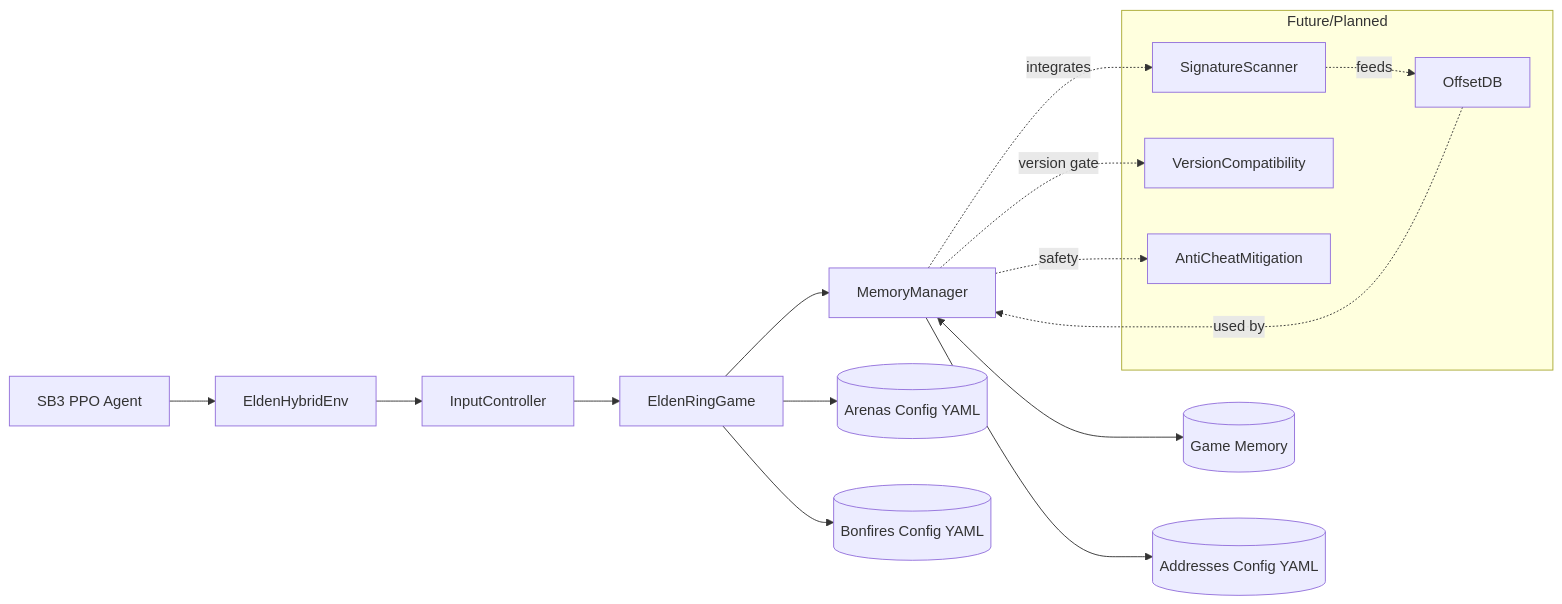
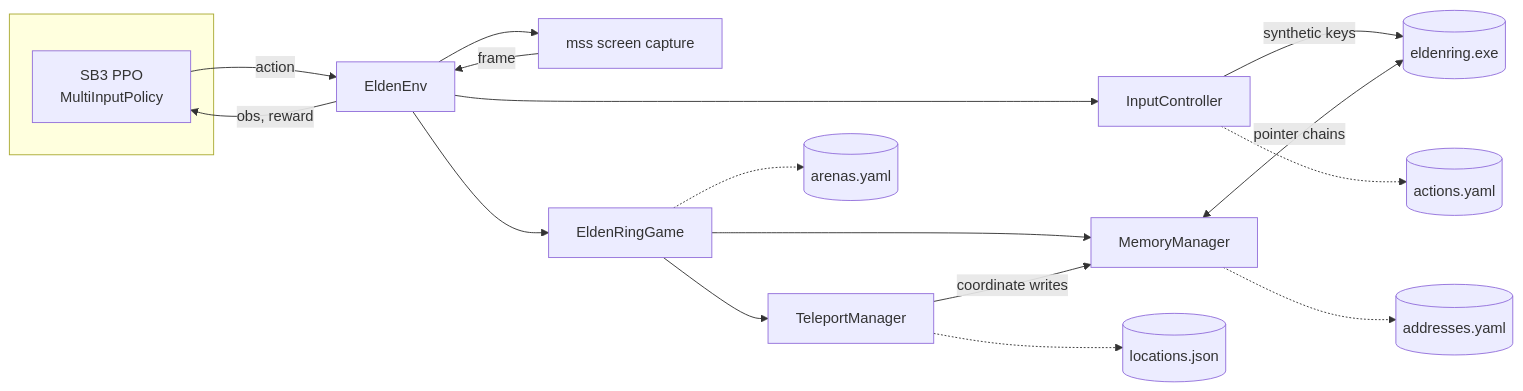
One commit to flannequal/internal_eldenRL changed the diagram in README.md. Above: the diagram before and after it, drawn with Mermaid. The commit also changed other lines of this file and 52 other files, not shown here.

````diff
--- a/README.md
+++ b/README.md
@@ -46,27 +105,26 @@
 ```mermaid
 flowchart LR
-  A[SB3 PPO Agent] --> H[EldenHybridEnv]
+    subgraph agent [ ]
+        PPO[SB3 PPO<br/>MultiInputPolicy]
+    end
 
-  H --> C[InputController]
-  C --> G[EldenRingGame]
+    PPO -->|action| ENV[EldenEnv]
+    ENV -->|obs, reward| PPO
 
-  G --> D[MemoryManager]
-  D <--> M[(Game Memory)]
+    ENV --> IC[InputController]
+    ENV --> SCT[mss screen capture]
+    ENV --> GAME[EldenRingGame]
 
-  %% Data/config side
-  G --> F1[(Arenas Config YAML)]
-  G --> F2[(Bonfires Config YAML)]
-  D --> F3[(Addresses Config YAML)]
+    IC -->|synthetic keys| WIN[(eldenring.exe)]
+    SCT -->|frame| ENV
 
-  subgraph Future/Planned
-    S[SignatureScanner]
-    O[OffsetDB]
-    V[VersionCompatibility]
-    AC[AntiCheatMitigation]
-  end
-  D -. integrates .-> S
-  S -. feeds .-> O
-  O -. used by .-> D
-  D -. version gate .-> V
-  D -. safety .-> AC
+    GAME --> MEM[MemoryManager]
+    GAME --> TP[TeleportManager]
+    MEM <-->|pointer chains| WIN
+    TP -->|coordinate writes| MEM
+
+    MEM -.-> ADDR[(addresses.yaml)]
+    GAME -.-> AREN[(arenas.yaml)]
+    TP -.-> LOC[(locations.json)]
+    IC -.-> ACT[(actions.yaml)]
 ```
````
